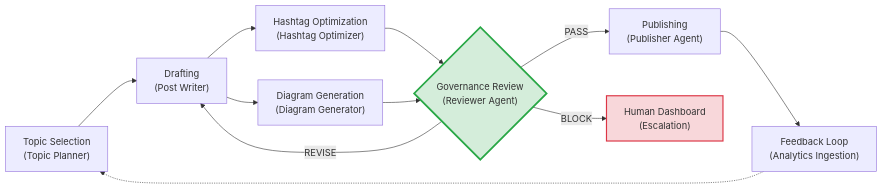
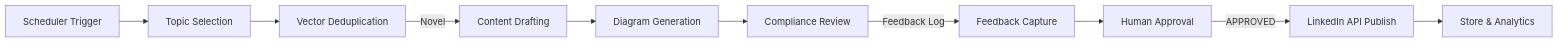
One commit to RahulAutoDev/LinkedInGenAIAutomationEcosystem changed the diagram in .antigravity/workflows.md. Above: the diagram before and after it, drawn with Mermaid. The commit also changed other lines of this file and 67 other files, not shown here.

Commit message:
feat: complete migration to CrewAI orchestrated Python architecture with Governance and Persistence layers

````diff
--- a/.antigravity/workflows.md
+++ b/.antigravity/workflows.md
@@ -99,16 +10,12 @@
 ```mermaid
 graph LR
-    A["Topic Selection<br/>(Topic Planner)"] --> B["Drafting<br/>(Post Writer)"]
-    B --> C["Hashtag Optimization<br/>(Hashtag Optimizer)"]
-    B --> D["Diagram Generation<br/>(Diagram Generator)"]
-    C --> E{"Governance Review<br/>(Reviewer Agent)"}
-    D --> E
-    E -- "PASS" --> F["Publishing<br/>(Publisher Agent)"]
-    E -- "REVISE" --> B
-    E -- "BLOCK" --> G["Human Dashboard<br/>(Escalation)"]
-    F --> H["Feedback Loop<br/>(Analytics Ingestion)"]
-    H -.-> A
-
-    style E fill:#d4edda,stroke:#28a745,stroke-width:3px
-    style G fill:#f8d7da,stroke:#dc3545,stroke-width:2px
+    A[Scheduler Trigger] --> B[Topic Selection]
+    B --> C[Vector Deduplication]
+    C -- "Novel" --> D[Content Drafting]
+    D --> E[Diagram Generation]
+    E --> F[Compliance Review]
+    F -- "Feedback Log" --> G[Feedback Capture]
+    G --> H[Human Approval]
+    H -- "APPROVED" --> I[LinkedIn API Publish]
+    I --> J[Store & Analytics]
 ```
````
